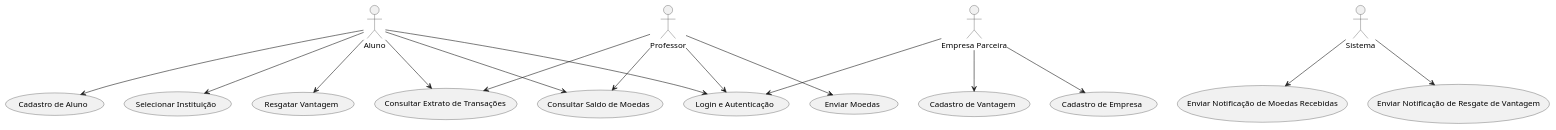
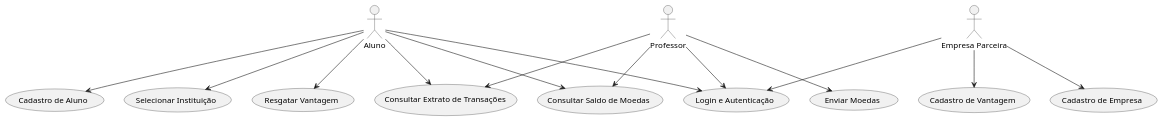
The diagram in docs/caso_de_uso.puml (Gabrielcefetzada/lab-software-3), drawn with PlantUML before and after one commit. The commit also changed other lines of this file and 2 other files, not shown here.

```diff
--- a/docs/caso_de_uso.puml
+++ b/docs/caso_de_uso.puml
@@ -2,27 +1,22 @@
 @startuml
 actor "Aluno" as aluno
 actor "Professor" as professor
 actor "Empresa Parceira" as empresa
-actor "Sistema" as sistema
 
 aluno --> (Cadastro de Aluno)
 aluno --> (Selecionar Instituição)
 aluno --> (Consultar Saldo de Moedas)
 aluno --> (Consultar Extrato de Transações)
 aluno --> (Resgatar Vantagem)
 
 professor --> (Enviar Moedas)
 professor --> (Consultar Saldo de Moedas)
 professor --> (Consultar Extrato de Transações)
 
 empresa --> (Cadastro de Empresa)
 empresa --> (Cadastro de Vantagem)
 
 aluno --> (Login e Autenticação)
 professor --> (Login e Autenticação)
 empresa --> (Login e Autenticação)
-
-sistema --> (Enviar Notificação de Moedas Recebidas)
-sistema --> (Enviar Notificação de Resgate de Vantagem)
-
 @enduml
```
